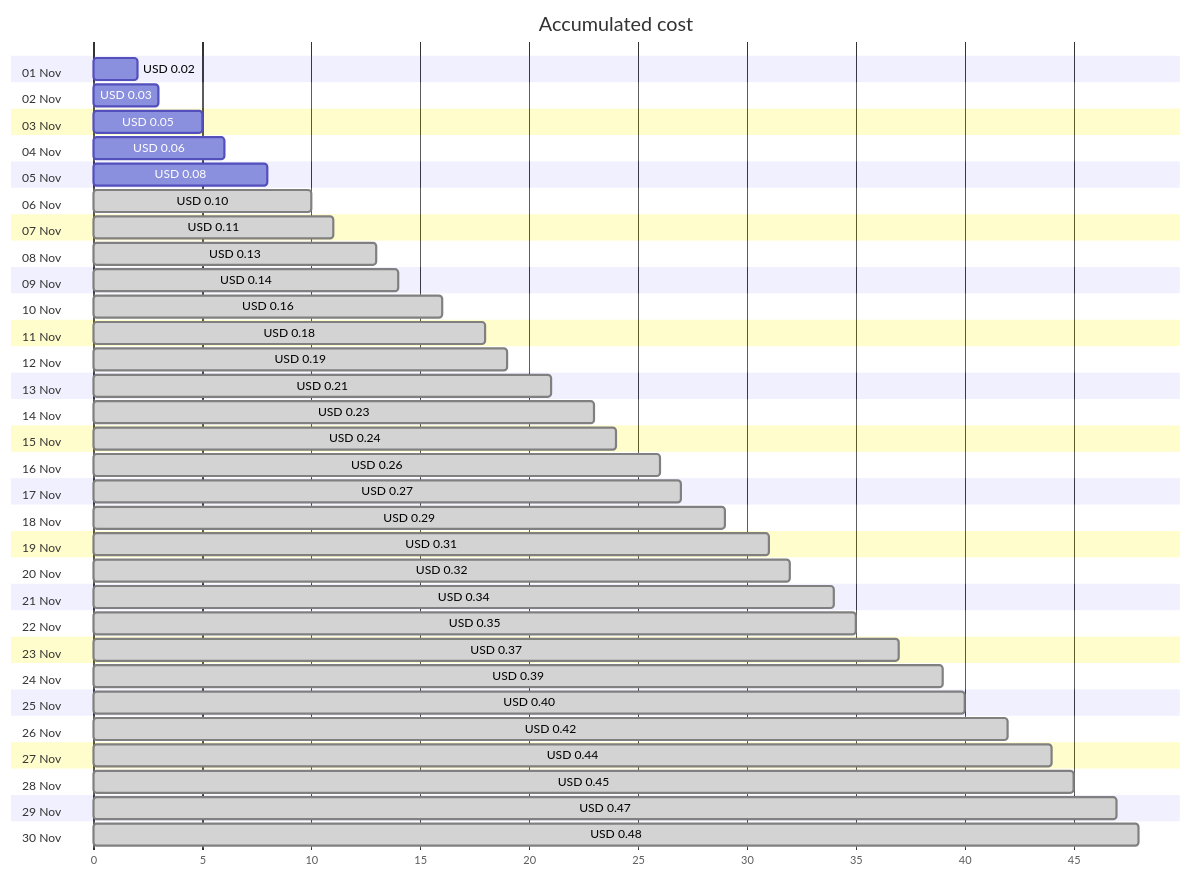
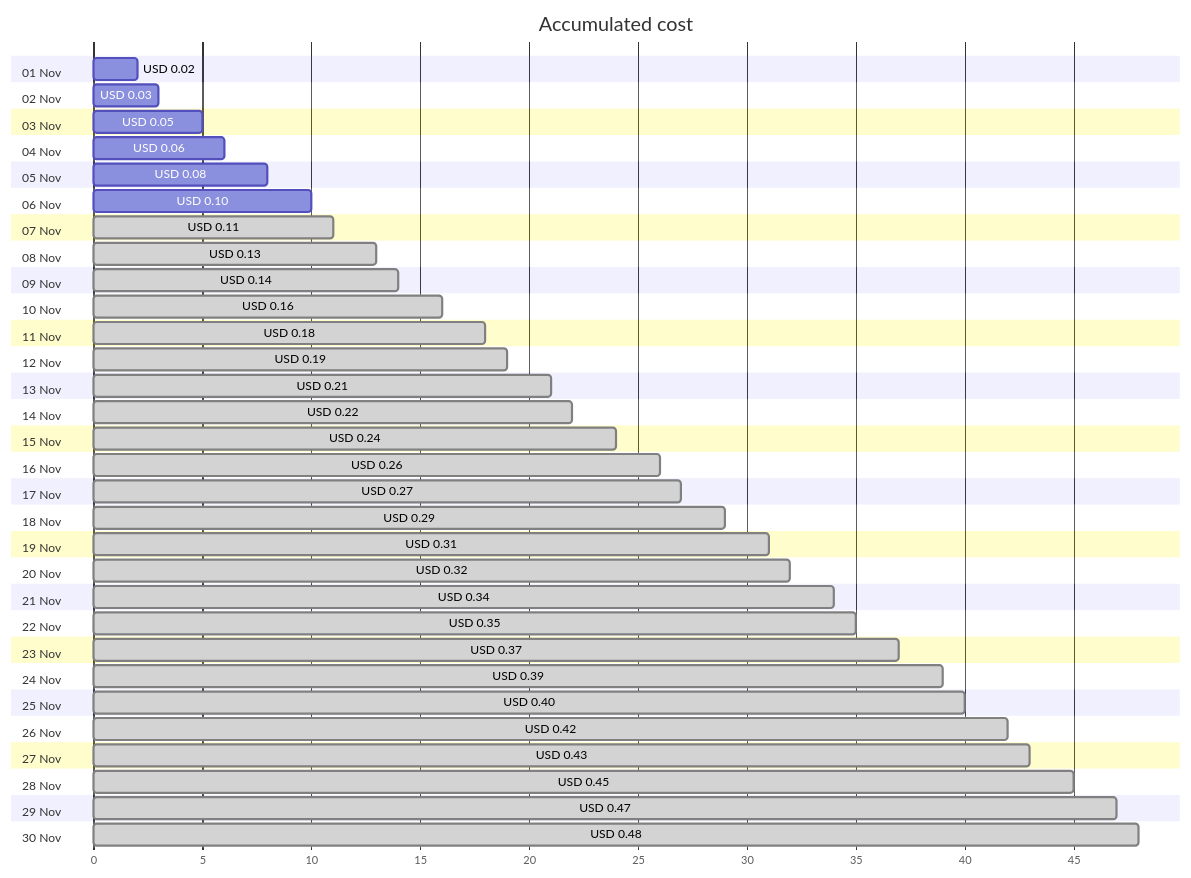
The first of 4 diagrams in cost-reports/personal-network/private.jpatrickfulton.com.md (jpfulton/azure-personal-reports), drawn with Mermaid before and after one commit. The commit also changed other lines of this file and 8 other files, not shown here.

````diff
--- a/cost-reports/personal-network/private.jpatrickfulton.com.md
+++ b/cost-reports/personal-network/private.jpatrickfulton.com.md
@@ -20,66 +20,66 @@
 ```mermaid
 gantt
    title Accumulated cost
    dateFormat  X
    axisFormat %s
    section 01 Nov
    USD 0.02 :0, 2
    section 02 Nov
    USD 0.03 :0, 3
    section 03 Nov
    USD 0.05 :0, 5
    section 04 Nov
    USD 0.06 :0, 6
    section 05 Nov
    USD 0.08 :0, 8
    section 06 Nov
-   USD 0.10 : done, 0, 10
+   USD 0.10 :0, 10
    section 07 Nov
    USD 0.11 : done, 0, 11
    section 08 Nov
    USD 0.13 : done, 0, 13
    section 09 Nov
    USD 0.14 : done, 0, 14
    section 10 Nov
    USD 0.16 : done, 0, 16
    section 11 Nov
    USD 0.18 : done, 0, 18
    section 12 Nov
    USD 0.19 : done, 0, 19
    section 13 Nov
    USD 0.21 : done, 0, 21
    section 14 Nov
-   USD 0.23 : done, 0, 23
+   USD 0.22 : done, 0, 22
    section 15 Nov
    USD 0.24 : done, 0, 24
    section 16 Nov
    USD 0.26 : done, 0, 26
    section 17 Nov
    USD 0.27 : done, 0, 27
    section 18 Nov
    USD 0.29 : done, 0, 29
    section 19 Nov
    USD 0.31 : done, 0, 31
    section 20 Nov
    USD 0.32 : done, 0, 32
    section 21 Nov
    USD 0.34 : done, 0, 34
    section 22 Nov
    USD 0.35 : done, 0, 35
    section 23 Nov
    USD 0.37 : done, 0, 37
    section 24 Nov
    USD 0.39 : done, 0, 39
    section 25 Nov
    USD 0.40 : done, 0, 40
    section 26 Nov
    USD 0.42 : done, 0, 42
    section 27 Nov
-   USD 0.44 : done, 0, 44
+   USD 0.43 : done, 0, 43
    section 28 Nov
    USD 0.45 : done, 0, 45
    section 29 Nov
    USD 0.47 : done, 0, 47
    section 30 Nov
    USD 0.48 : done, 0, 48
 ```
````
